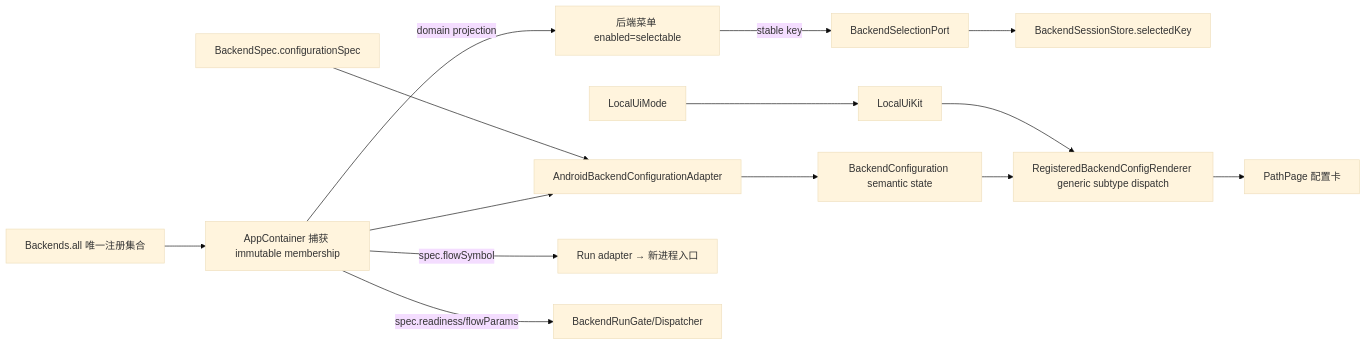
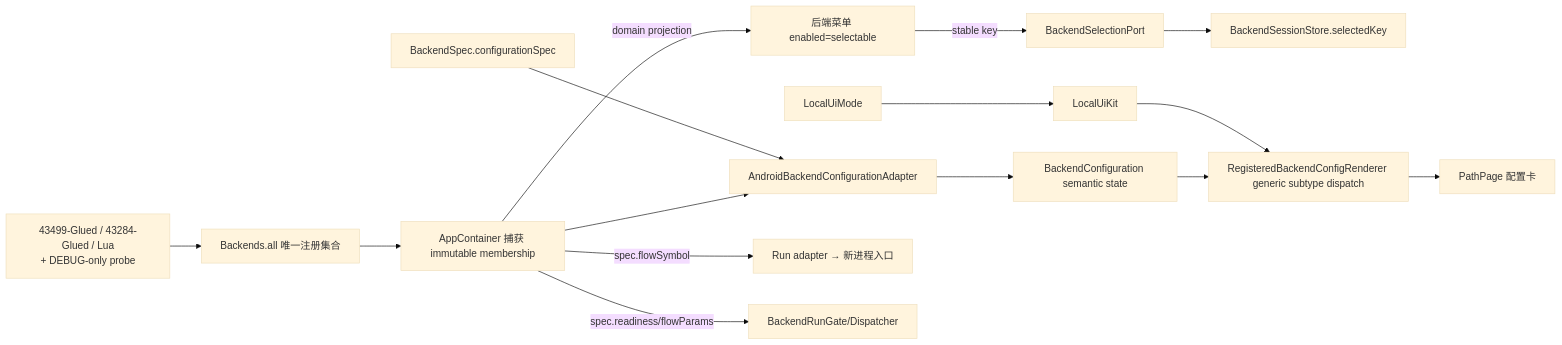
Diagram 35 of 51 in docs/development/full-process-uml.md (YuKongA/ghostlock-app), drawn with Mermaid (base theme) before and after one commit. The commit also changed other lines of this file and 663 other files, not shown here.

````diff
--- a/docs/development/full-process-uml.md
+++ b/docs/development/full-process-uml.md
@@ -1189,16 +1181,17 @@
 ```mermaid
 flowchart LR
+  BUILTINS["43499-Glued / 43284-Glued / Lua<br/>+ DEBUG-only probe"] --> REG
   REG[Backends.all 唯一注册集合] --> ROOT[AppContainer 捕获 immutable membership]
   ROOT -->|domain projection| MENU[后端菜单 enabled=selectable]
   MENU -->|stable key| SELECT[BackendSelectionPort]
   SELECT --> SESSION[BackendSessionStore.selectedKey]
   ROOT --> CONFIG[AndroidBackendConfigurationAdapter]
   SPEC[BackendSpec.configurationSpec] --> CONFIG
   CONFIG --> STATE[BackendConfiguration semantic state]
   STATE --> CARD[RegisteredBackendConfigRenderer generic subtype dispatch]
   MODE[LocalUiMode] --> KIT[LocalUiKit]
   KIT --> CARD
   CARD --> UI[PathPage 配置卡]
   ROOT -->|spec.flowSymbol| FL[Run adapter → 新进程入口]
   ROOT -->|spec.readiness/flowParams| GATE[BackendRunGate/Dispatcher]
 ```
````
